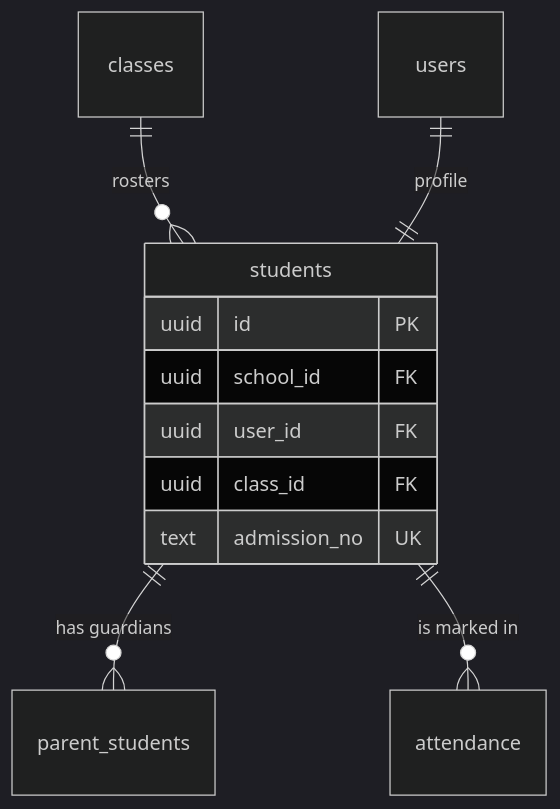
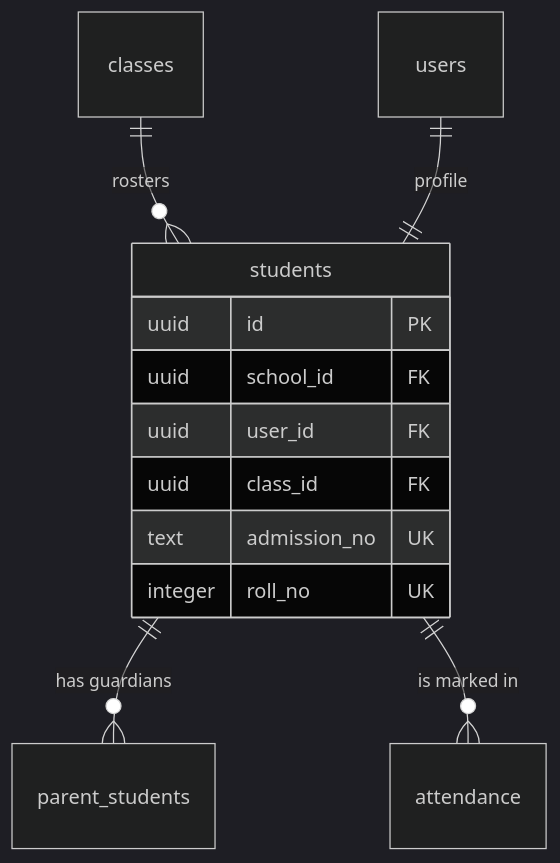
The seventh of 44 diagrams in docs/backend/Database.md (rahmat058/school-flow-ai), drawn with Mermaid (dark theme) before and after one commit. The commit also changed other lines of this file and 15 other files, not shown here.

````diff
--- a/docs/backend/Database.md
+++ b/docs/backend/Database.md
@@ -372,14 +375,15 @@
 ```mermaid
 erDiagram
   classes ||--o{ students : "rosters"
   users ||--|| students : "profile"
   students ||--o{ parent_students : "has guardians"
   students ||--o{ attendance : "is marked in"
   students {
     uuid id PK
     uuid school_id FK
     uuid user_id FK
     uuid class_id FK
     text admission_no UK
+    integer roll_no UK
   }
 ```
````
